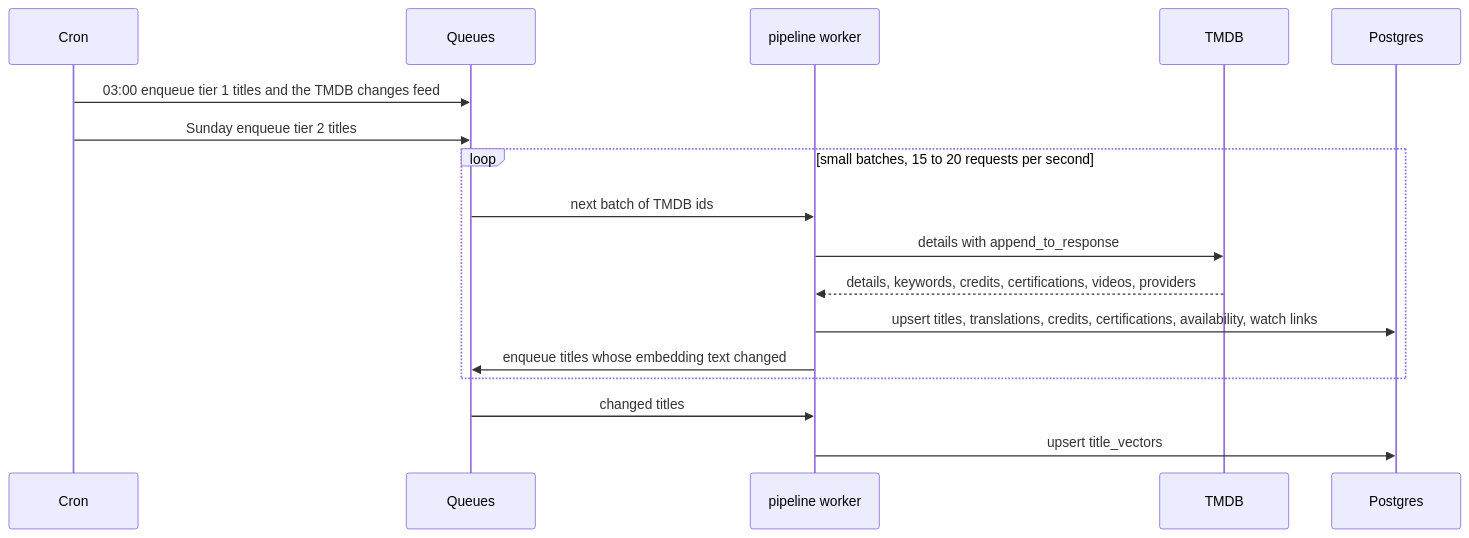
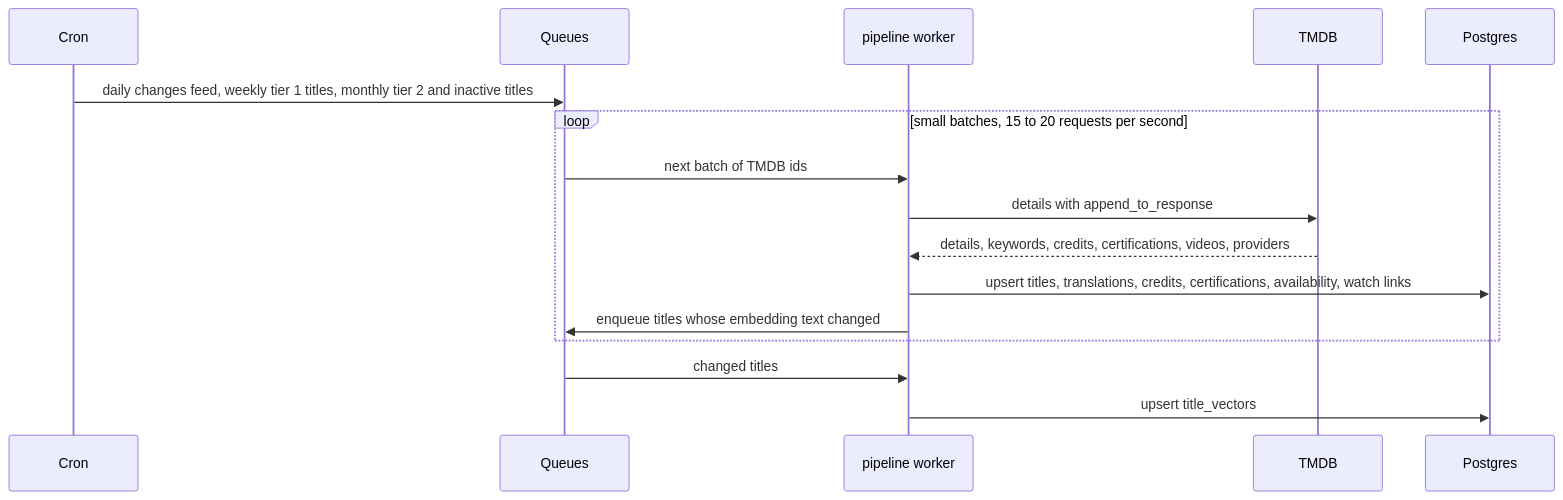
Before and after one commit to harryviennot/flimme: the eighth of 10 diagrams in docs/architecture/data-model.md, drawn with Mermaid. The commit also changed other lines of this file and 15 other files, not shown here.

First line of the commit message:
M2.11 Schedule the catalog jobs and add the changes, weekly and monthly runs

````diff
--- a/docs/architecture/data-model.md
+++ b/docs/architecture/data-model.md
@@ -557,19 +557,18 @@
 ```mermaid
 sequenceDiagram
   participant C as Cron
   participant Q as Queues
   participant W as pipeline worker
   participant T as TMDB
   participant DB as Postgres
-  C->>Q: 03:00 enqueue tier 1 titles and the TMDB changes feed
-  C->>Q: Sunday enqueue tier 2 titles
+  C->>Q: daily changes feed, weekly tier 1 titles, monthly tier 2 and inactive titles
   loop small batches, 15 to 20 requests per second
     Q->>W: next batch of TMDB ids
     W->>T: details with append_to_response
     T-->>W: details, keywords, credits, certifications, videos, providers
     W->>DB: upsert titles, translations, credits, certifications, availability, watch links
     W->>Q: enqueue titles whose embedding text changed
   end
   Q->>W: changed titles
   W->>DB: upsert title_vectors
 ```
````
